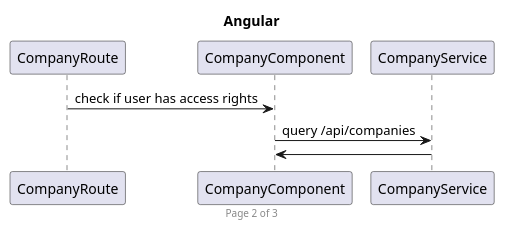
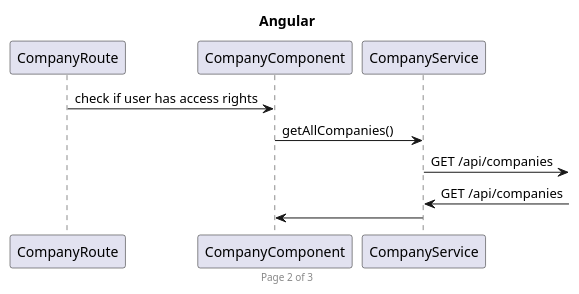
Before and after one commit to geyuqiu/presentations: the diagram in docs/diagramm/angularSequenceDiagram.puml, drawn with PlantUML. The commit also changed 5 other files, not shown here.

```diff
--- a/docs/diagramm/angularSequenceDiagram.puml
+++ b/docs/diagramm/angularSequenceDiagram.puml
@@ -1,9 +1,11 @@
 @startuml
 
 footer Page 2 of 3
 
 title Angular
 CompanyRoute -> CompanyComponent: check if user has access rights
-CompanyComponent -> CompanyService: query /api/companies
+CompanyComponent -> CompanyService: getAllCompanies()
+CompanyService ->] : GET /api/companies
+]-> CompanyService  : GET /api/companies
 CompanyService -> CompanyComponent
 @enduml
```
